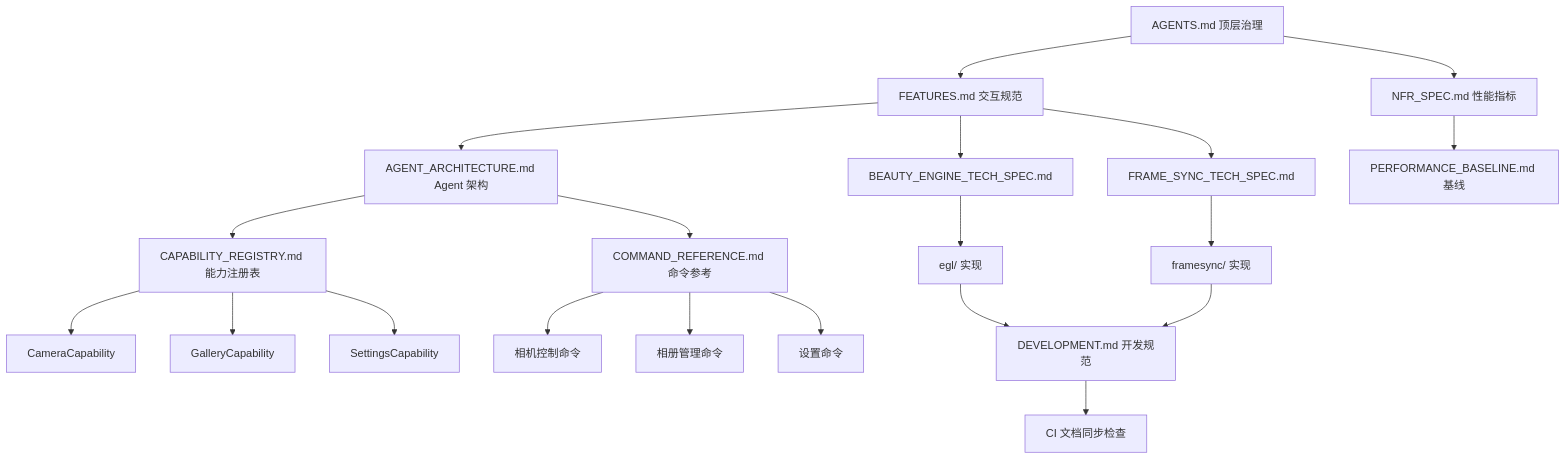
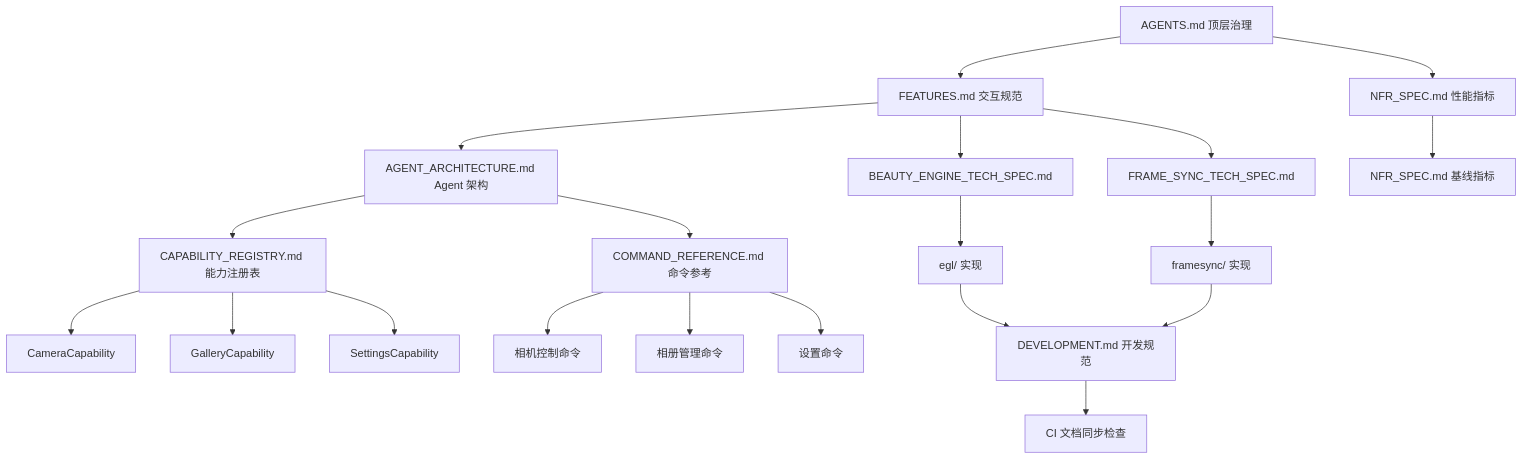
The diagram in docs/00-INDEX.md (littleseven/langchain4android), drawn with Mermaid before and after one commit. The commit also changed other lines of this file and 24 other files, not shown here.

````diff
--- a/docs/00-INDEX.md
+++ b/docs/00-INDEX.md
@@ -182,22 +182,22 @@
 ```mermaid
 graph TD
     A[AGENTS.md 顶层治理] --> B[FEATURES.md 交互规范]
     A --> C[NFR_SPEC.md 性能指标]
     B --> D[AGENT_ARCHITECTURE.md Agent 架构]
-    C --> E[PERFORMANCE_BASELINE.md 基线]
+    C --> E[NFR_SPEC.md 基线指标]
     D --> F[CAPABILITY_REGISTRY.md 能力注册表]
     D --> G[COMMAND_REFERENCE.md 命令参考]
     F --> H[CameraCapability]
     F --> I[GalleryCapability]
     F --> J[SettingsCapability]
     G --> K[相机控制命令]
     G --> L[相册管理命令]
     G --> M[设置命令]
     B --> N[BEAUTY_ENGINE_TECH_SPEC.md]
     B --> O[FRAME_SYNC_TECH_SPEC.md]
     N --> P[egl/ 实现]
     O --> Q[framesync/ 实现]
     P --> R[DEVELOPMENT.md 开发规范]
     Q --> R
     R --> S[CI 文档同步检查]
 ```
````
